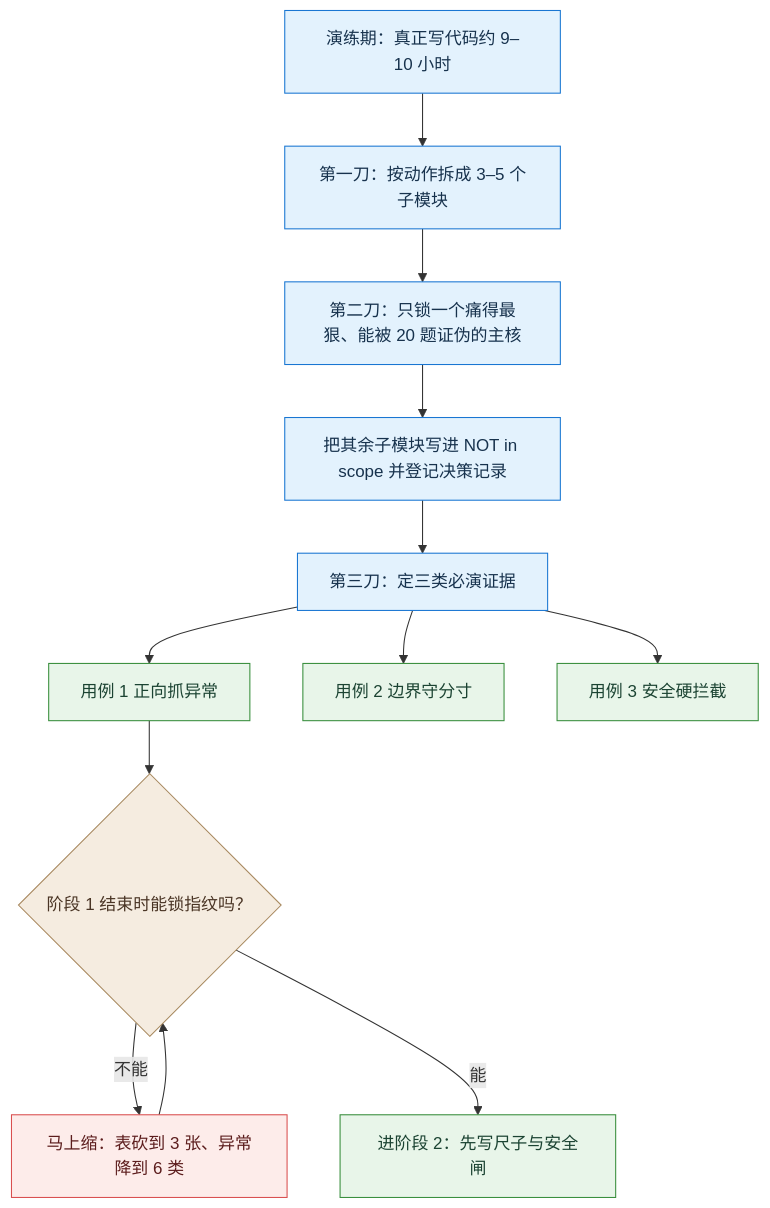
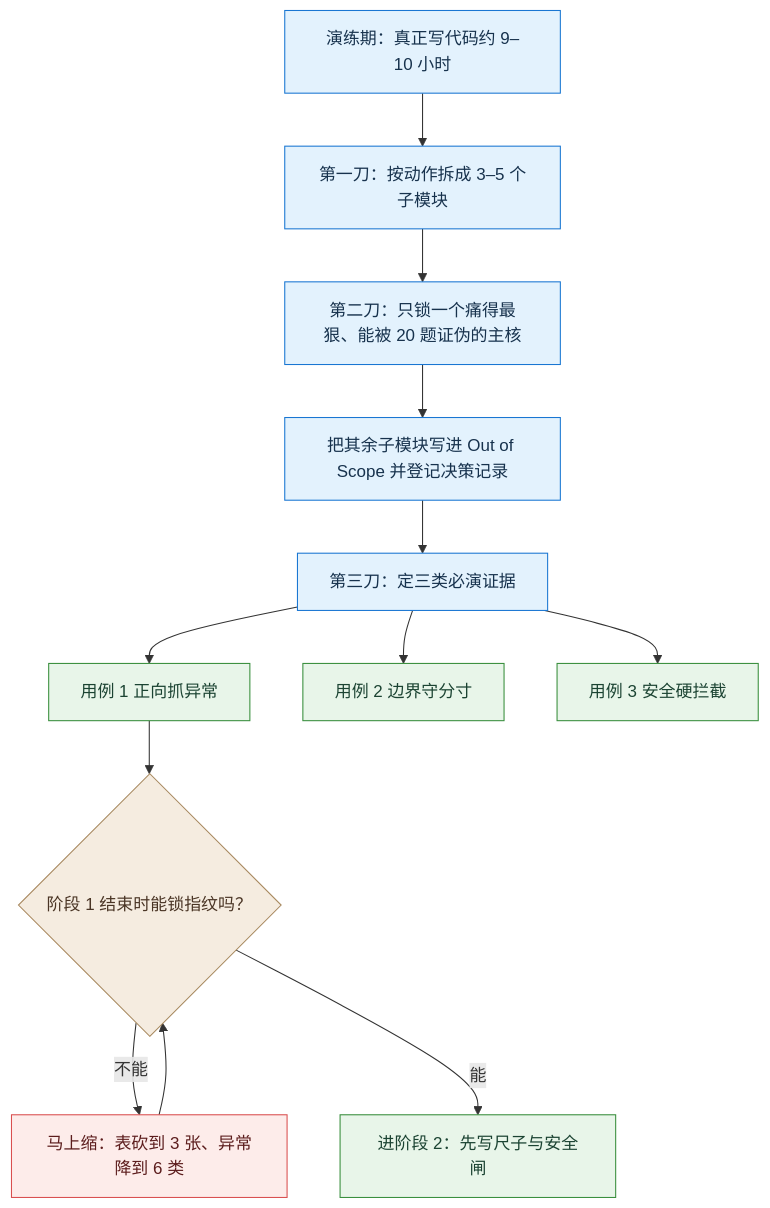
Before and after one commit to cloudzun/mingzhou: the second of 2 diagrams in content/03.md, drawn with Mermaid. The commit also changed other lines of this file and 7 other files, not shown here.

Commit message:
content: 交付收尾——图 5-1 图注、正文 P1/P2 小修与 Out of Scope 统一、05 历史口径、向导页 favicon；导出件按新正文重出

````diff
--- a/content/03.md
+++ b/content/03.md
@@ -139,23 +139,23 @@
 ```mermaid
 flowchart TD
   T["演练期：真正写代码约 9–10 小时"] --> K1["第一刀：按动作拆成 3–5 个子模块"]
   K1 --> K2["第二刀：只锁一个痛得最狠、能被 20 题证伪的主核"]
-  K2 --> K3["把其余子模块写进 NOT in scope 并登记决策记录"]
+  K2 --> K3["把其余子模块写进 Out of Scope 并登记决策记录"]
   K3 --> K4["第三刀：定三类必演证据"]
   K4 --> E1["用例 1 正向抓异常"]
   K4 --> E2["用例 2 边界守分寸"]
   K4 --> E3["用例 3 安全硬拦截"]
   E1 --> CK{"阶段 1 结束时能锁指纹吗？"}
   CK -->|"不能"| SHRINK["马上缩：表砍到 3 张、异常降到 6 类"]
   SHRINK --> CK
   CK -->|"能"| PASS["进阶段 2：先写尺子与安全闸"]
 classDef blue fill:#e3f2fd,stroke:#1976d2,color:#17324d;
 classDef green fill:#e8f5e9,stroke:#388e3c,color:#1b4332;
 classDef red fill:#fdecea,stroke:#d94f4f,color:#5c1d1d;
 classDef warm fill:#f5ece0,stroke:#a8895f,color:#4a3525;
 classDef gray fill:#eceff1,stroke:#607d8b,color:#263238;
   class T,K1,K2,K3,K4 blue;
   class CK warm;
   class SHRINK red;
   class E1,E2,E3,PASS green;
 ```
````
